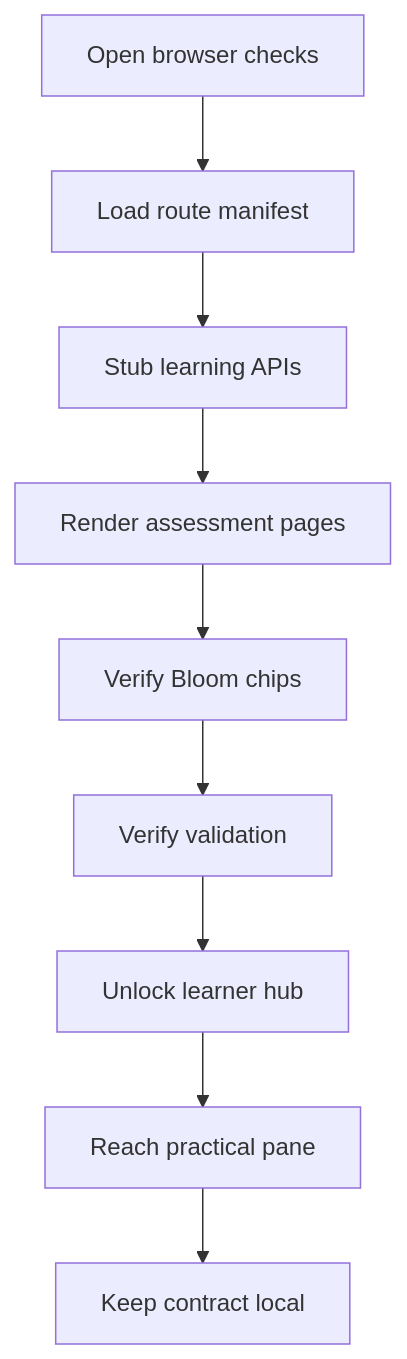
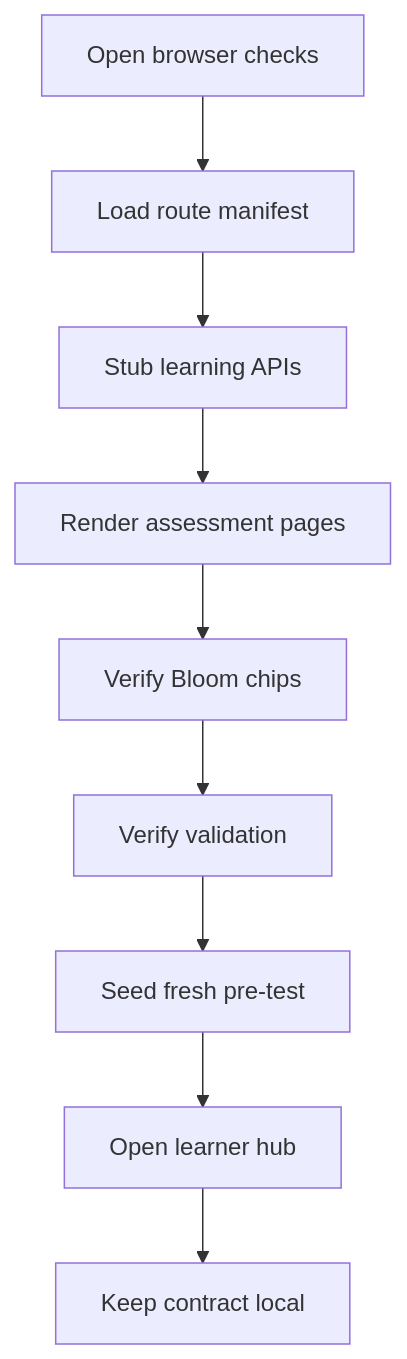
The diagram in docs/Codebase/Frontend/playwright/README.md (JohnAndrewBalbarosa/NeoTerritory), drawn with Mermaid before and after one commit. The commit also changed other lines of this file and 16 other files, not shown here.

Commit message:
Fix sequential learner pretest flow

````diff
--- a/docs/Codebase/Frontend/playwright/README.md
+++ b/docs/Codebase/Frontend/playwright/README.md
@@ -16,13 +16,13 @@
 ```mermaid
 flowchart TD
     Start["Open browser checks"]
     N0["Load route manifest"]
     N1["Stub learning APIs"]
     N2["Render assessment pages"]
     N3["Verify Bloom chips"]
     N4["Verify validation"]
-    N5["Unlock learner hub"]
-    N6["Reach practical pane"]
+    N5["Seed fresh pre-test"]
+    N6["Open learner hub"]
     End["Keep contract local"]
     Start --> N0 --> N1 --> N2 --> N3 --> N4 --> N5 --> N6 --> End
 ```
````
